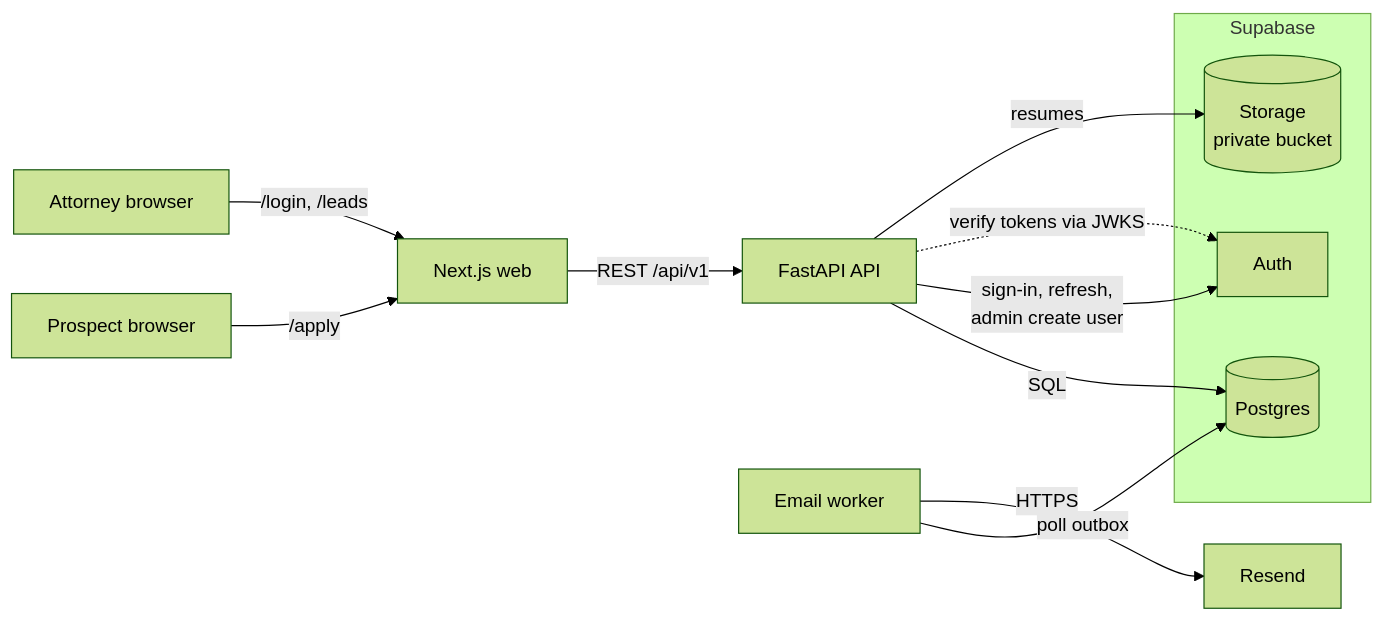
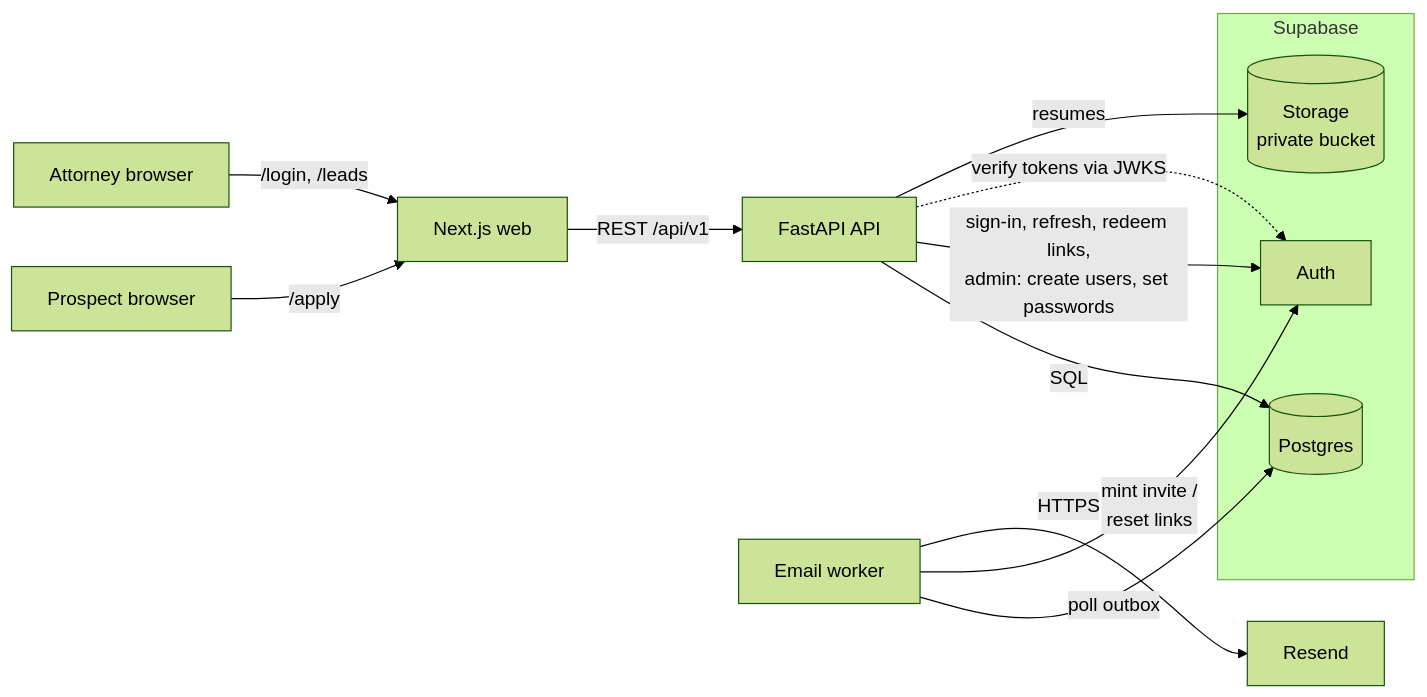
The first of 3 diagrams in docs/DESIGN.md (gilito345/alma-leads-app), drawn with Mermaid (forest theme) before and after one commit. The commit also changed other lines of this file and 5 other files, not shown here.

````diff
--- a/docs/DESIGN.md
+++ b/docs/DESIGN.md
@@ -28,17 +28,18 @@
 ```mermaid
 flowchart LR
     P[Prospect browser] -->|/apply| WEB[Next.js web]
     A[Attorney browser] -->|/login, /leads| WEB
     WEB -->|REST /api/v1| API[FastAPI API]
     subgraph SB[Supabase]
         DB[(Postgres)]
         AUTH[Auth]
         STORE[(Storage<br/>private bucket)]
     end
     API -->|SQL| DB
-    API -->|sign-in, refresh,<br/>admin create user| AUTH
+    API -->|sign-in, refresh, redeem links,<br/>admin: create users, set passwords| AUTH
     API -.->|verify tokens via JWKS| AUTH
     API -->|resumes| STORE
     WORKER[Email worker] -->|poll outbox| DB
+    WORKER -->|mint invite /<br/>reset links| AUTH
     WORKER -->|HTTPS| RESEND[Resend]
 ```
````
